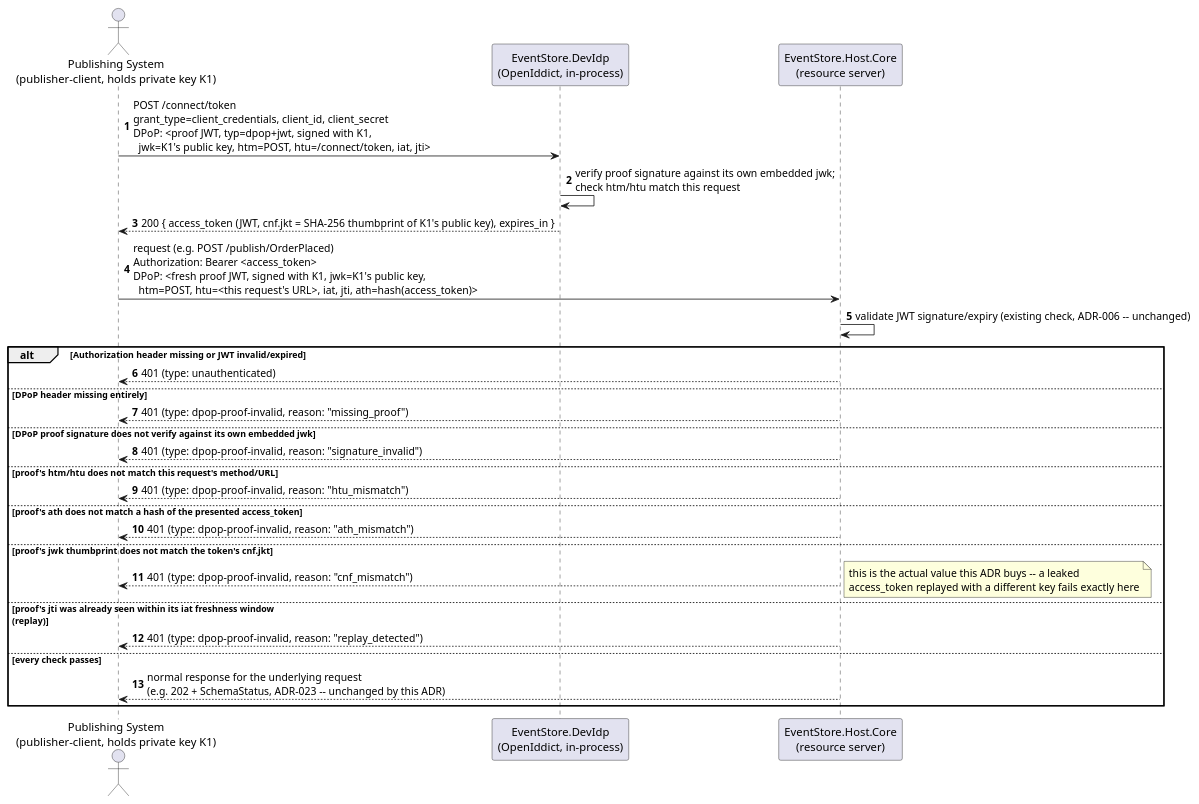
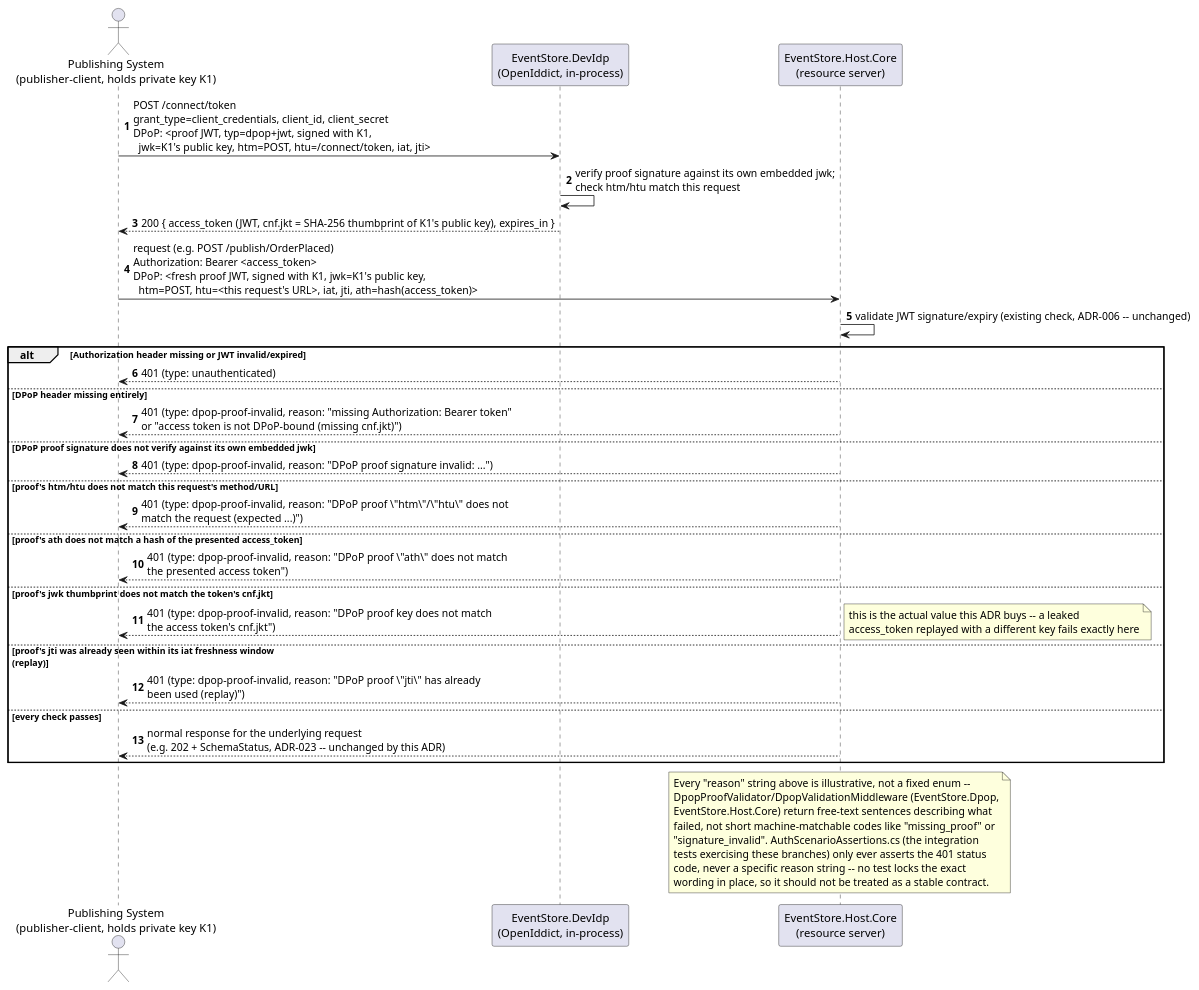
One commit to Mwwhited-BookLearning/EventSourcing changed the first of 3 diagrams in docs/features/dpop-and-tamper-evidence.md. Above: the diagram before and after it, drawn with PlantUML. The commit also changed other lines of this file and 46 other files, not shown here.

````diff
--- a/docs/features/dpop-and-tamper-evidence.md
+++ b/docs/features/dpop-and-tamper-evidence.md
@@ -56,32 +56,42 @@
 ```plantuml
 @startuml DPoP_ProofValidation_Sequence
 autonumber
 actor "Publishing System\n(publisher-client, holds private key K1)" as client
 participant "EventStore.DevIdp\n(OpenIddict, in-process)" as idp
 participant "EventStore.Host.Core\n(resource server)" as api
 
 client -> idp: POST /connect/token\ngrant_type=client_credentials, client_id, client_secret\nDPoP: <proof JWT, typ=dpop+jwt, signed with K1,\n  jwk=K1's public key, htm=POST, htu=/connect/token, iat, jti>
 idp -> idp: verify proof signature against its own embedded jwk;\ncheck htm/htu match this request
 idp --> client: 200 { access_token (JWT, cnf.jkt = SHA-256 thumbprint of K1's public key), expires_in }
 client -> api: request (e.g. POST /publish/OrderPlaced)\nAuthorization: Bearer <access_token>\nDPoP: <fresh proof JWT, signed with K1, jwk=K1's public key,\n  htm=POST, htu=<this request's URL>, iat, jti, ath=hash(access_token)>
 api -> api: validate JWT signature/expiry (existing check, ADR-006 -- unchanged)
 alt Authorization header missing or JWT invalid/expired
   api --> client: 401 (type: unauthenticated)
 else DPoP header missing entirely
-  api --> client: 401 (type: dpop-proof-invalid, reason: "missing_proof")
+  api --> client: 401 (type: dpop-proof-invalid, reason: "missing Authorization: Bearer token"\nor "access token is not DPoP-bound (missing cnf.jkt)")
 else DPoP proof signature does not verify against its own embedded jwk
-  api --> client: 401 (type: dpop-proof-invalid, reason: "signature_invalid")
+  api --> client: 401 (type: dpop-proof-invalid, reason: "DPoP proof signature invalid: ...")
 else proof's htm/htu does not match this request's method/URL
-  api --> client: 401 (type: dpop-proof-invalid, reason: "htu_mismatch")
+  api --> client: 401 (type: dpop-proof-invalid, reason: "DPoP proof \"htm\"/\"htu\" does not\nmatch the request (expected ...)")
 else proof's ath does not match a hash of the presented access_token
-  api --> client: 401 (type: dpop-proof-invalid, reason: "ath_mismatch")
+  api --> client: 401 (type: dpop-proof-invalid, reason: "DPoP proof \"ath\" does not match\nthe presented access token")
 else proof's jwk thumbprint does not match the token's cnf.jkt
-  api --> client: 401 (type: dpop-proof-invalid, reason: "cnf_mismatch")
+  api --> client: 401 (type: dpop-proof-invalid, reason: "DPoP proof key does not match\nthe access token's cnf.jkt")
   note right: this is the actual value this ADR buys -- a leaked\naccess_token replayed with a different key fails exactly here
 else proof's jti was already seen within its iat freshness window\n(replay)
-  api --> client: 401 (type: dpop-proof-invalid, reason: "replay_detected")
+  api --> client: 401 (type: dpop-proof-invalid, reason: "DPoP proof \"jti\" has already\nbeen used (replay)")
 else every check passes
   api --> client: normal response for the underlying request\n(e.g. 202 + SchemaStatus, ADR-023 -- unchanged by this ADR)
 end
+note over api
+  Every "reason" string above is illustrative, not a fixed enum --
+  DpopProofValidator/DpopValidationMiddleware (EventStore.Dpop,
+  EventStore.Host.Core) return free-text sentences describing what
+  failed, not short machine-matchable codes like "missing_proof" or
+  "signature_invalid". AuthScenarioAssertions.cs (the integration
+  tests exercising these branches) only ever asserts the 401 status
+  code, never a specific reason string -- no test locks the exact
+  wording in place, so it should not be treated as a stable contract.
+end note
 @enduml
 ```
````
